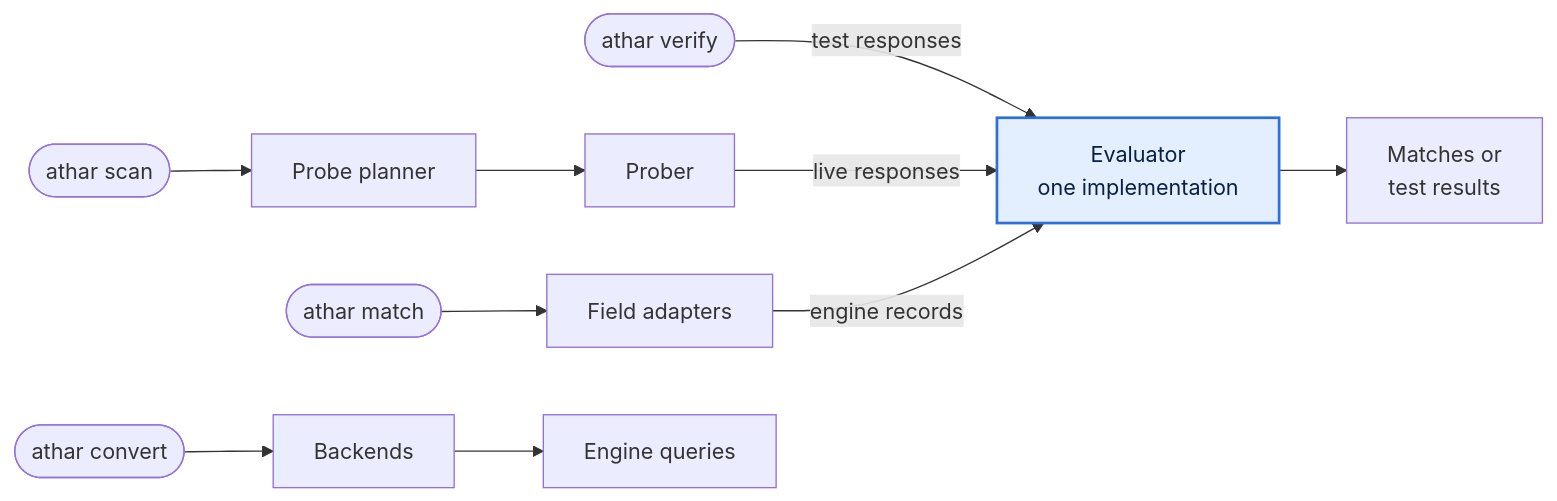
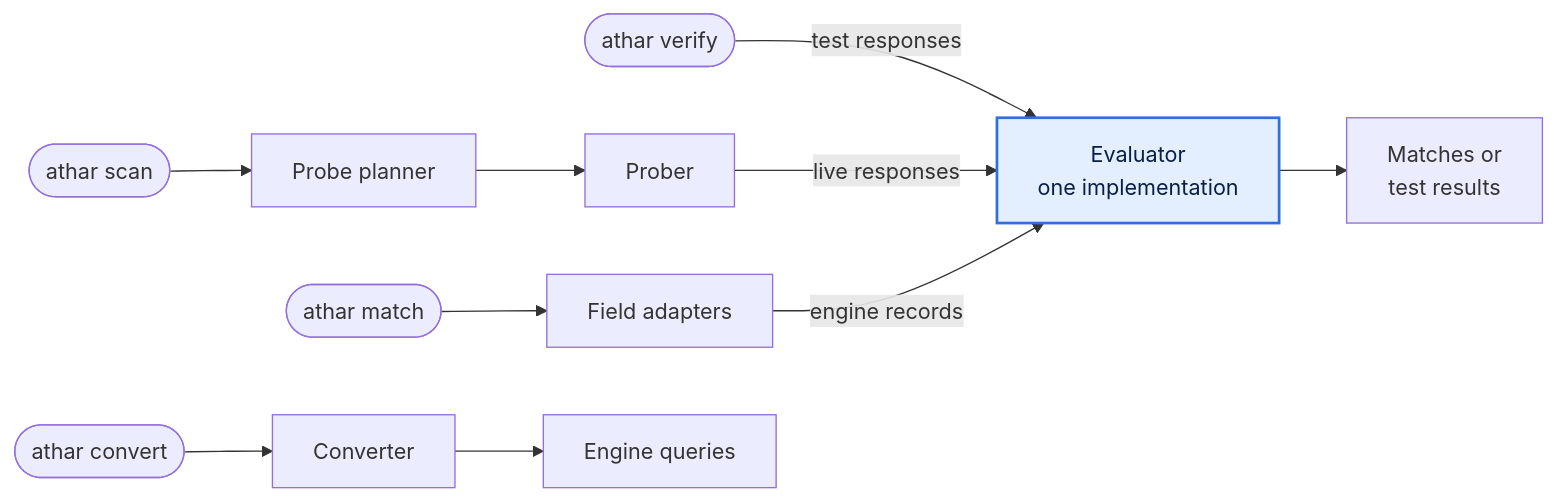
Before and after one commit to Athar-HQ/Athar: the diagram in cli/README.md, drawn with Mermaid. The commit also changed other lines of this file and 14 other files, not shown here.

First line of the commit message:
Add athar convert for FOFA, Shodan, Censys, ZoomEye and Modat

````diff
--- a/cli/README.md
+++ b/cli/README.md
@@ -113,10 +115,10 @@
 ```mermaid
 flowchart LR
   V(["athar verify"]) -->|test responses| EV
   S(["athar scan"]) --> PL["Probe planner"] --> PR["Prober"] -->|live responses| EV
   M(["athar match"]) --> FA["Field adapters"] -->|engine records| EV
-  C(["athar convert"]) --> BE["Backends"] --> Q["Engine queries"]
+  C(["athar convert"]) --> BE["Converter"] --> Q["Engine queries"]
   EV["Evaluator<br/>one implementation"] --> O["Matches or<br/>test results"]
   classDef eval fill:#e3efff,stroke:#2f6fdb,stroke-width:2px,color:#0b1f44
   class EV eval
 ```
````
